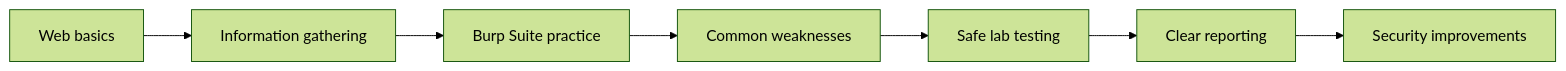
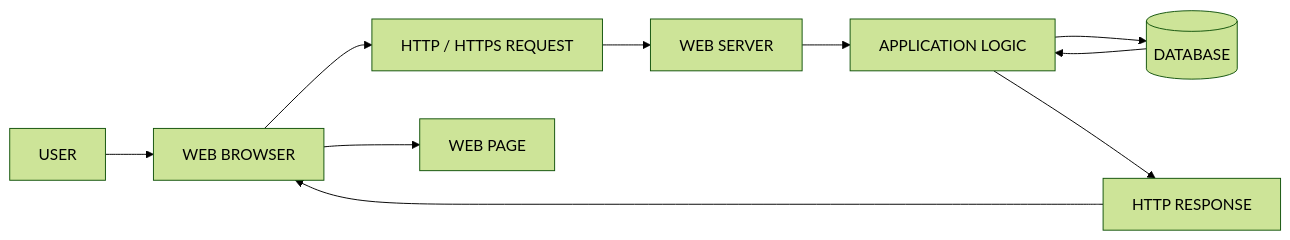
Before and after one commit to GhostMaskR/Web-Application-Basics: the second of 5 diagrams in README.md, drawn with Mermaid (forest theme). The commit also changed other lines of this file, not shown here.

````diff
--- a/README.md
+++ b/README.md
@@ -48,9 +114,12 @@
 ```mermaid
 flowchart LR
-    A["Web basics"] --> B["Information gathering"]
-    B --> C["Burp Suite practice"]
-    C --> D["Common weaknesses"]
-    D --> E["Safe lab testing"]
-    E --> F["Clear reporting"]
-    F --> G["Security improvements"]
+A["USER"] --> B["WEB BROWSER"]
+B --> C["HTTP / HTTPS REQUEST"]
+C --> D["WEB SERVER"]
+D --> E["APPLICATION LOGIC"]
+E --> F[("DATABASE")]
+F --> E
+E --> G["HTTP RESPONSE"]
+G --> B
+B --> H["WEB PAGE"]
 ```
````
